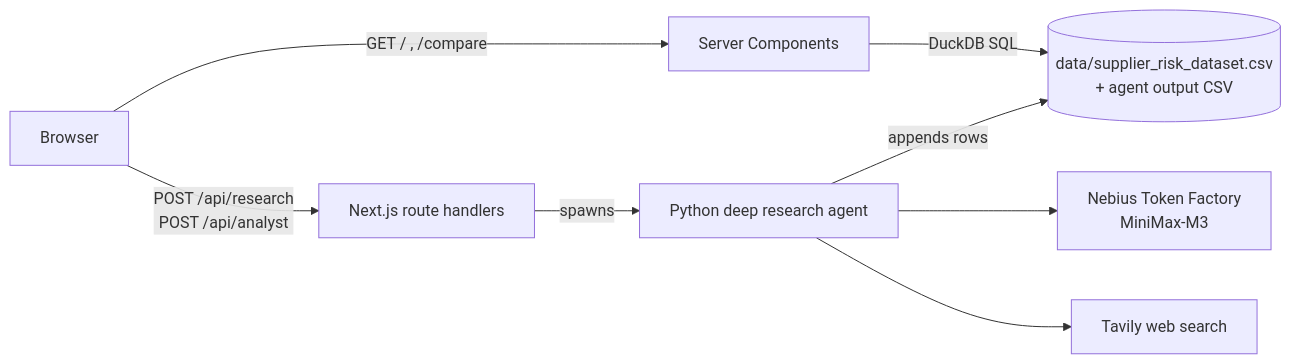
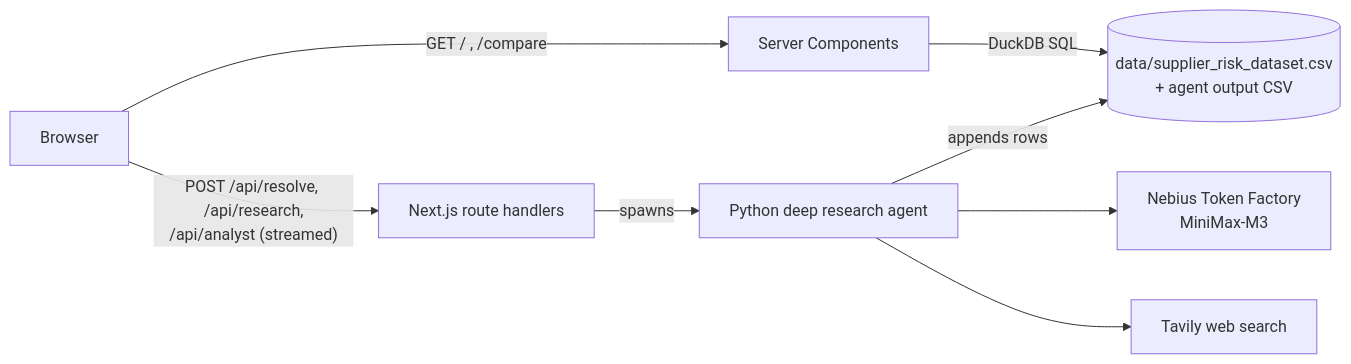
The diagram in README.md (Sy-D/suppler-risk-intelligence-siemens-hackathon), drawn with Mermaid before and after one commit. The commit also changed other lines of this file and 2 other files, not shown here.

First line of the commit message:
Update docs for streamed agent routes, name resolution and sub-agents

````diff
--- a/README.md
+++ b/README.md
@@ -17,10 +19,10 @@
 ```mermaid
 flowchart LR
   B[Browser] -->|"GET / , /compare"| P[Server Components]
-  B -->|"POST /api/research<br>POST /api/analyst"| N[Next.js route handlers]
+  B -->|"POST /api/resolve, /api/research,<br>/api/analyst (streamed)"| N[Next.js route handlers]
   P -->|DuckDB SQL| D[(data/supplier_risk_dataset.csv<br>+ agent output CSV)]
   N -->|spawns| A[Python deep research agent]
   A --> M[Nebius Token Factory<br>MiniMax-M3]
   A --> T[Tavily web search]
   A -->|appends rows| D
 ```
````
